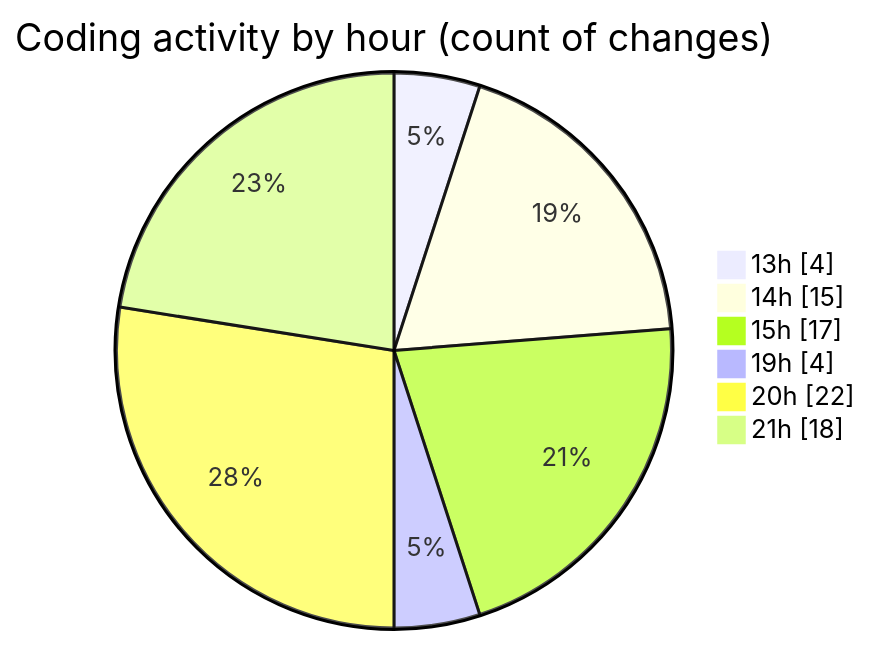
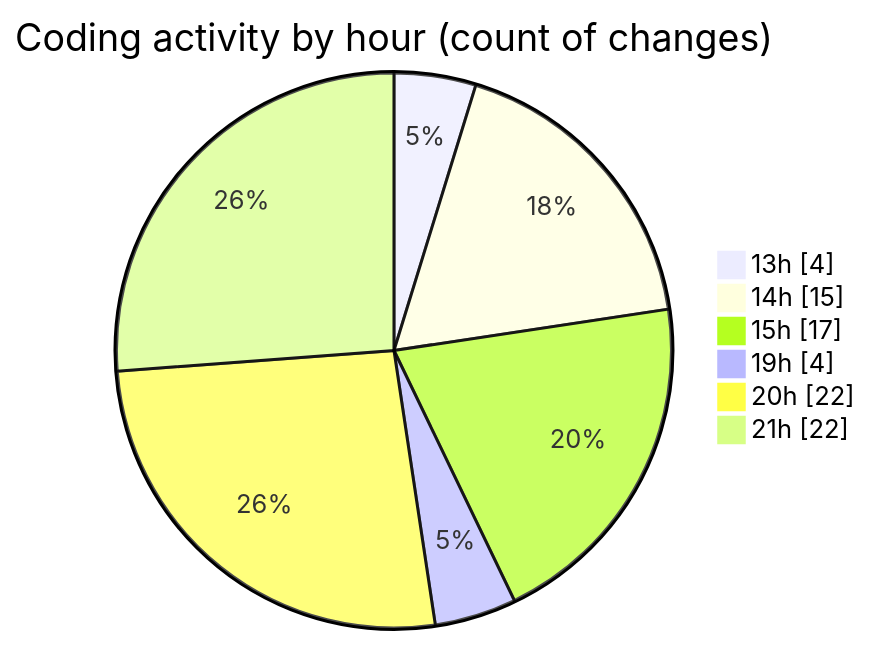
One commit to Ritupan-Deka/code-tracking changed the second of 2 diagrams in 2025-01-21/projects/README.md. Above: the diagram before and after it, drawn with Mermaid. The commit also changed other lines of this file and 1 other file, not shown here.

````diff
--- a/2025-01-21/projects/README.md
+++ b/2025-01-21/projects/README.md
@@ -42,10 +42,10 @@
 ```mermaid
 pie showData
 title Coding activity by hour (count of changes)
 "13h" : 4
 "14h" : 15
 "15h" : 17
 "19h" : 4
 "20h" : 22
-"21h" : 18
+"21h" : 22
 ```
````
